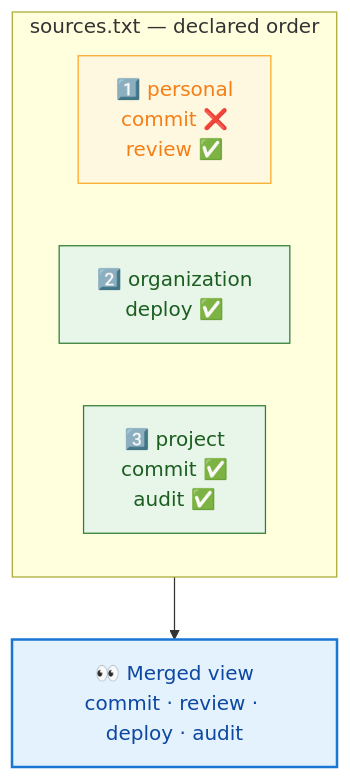
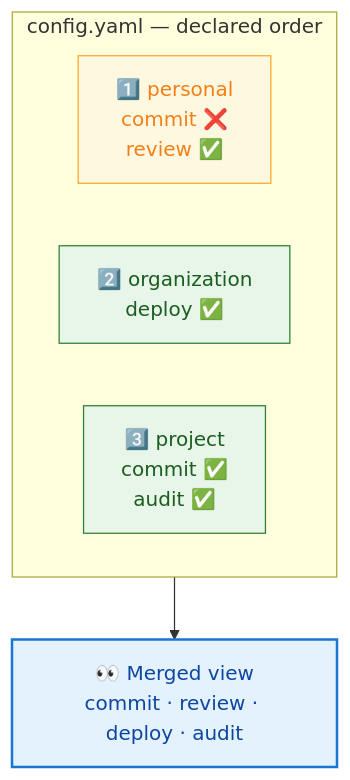
One commit to sylvanld/airfs changed the diagram in docs/user-guide/precedence.md. Above: the diagram before and after it, drawn with Mermaid. The commit also changed other lines of this file and 14 other files, not shown here.

````diff
--- a/docs/user-guide/precedence.md
+++ b/docs/user-guide/precedence.md
@@ -11,15 +11,15 @@
 ```mermaid
 flowchart TB
-    subgraph S["sources.txt — declared order"]
+    subgraph S["config.yaml — declared order"]
         direction LR
         S1["1️⃣ personal<br/>commit ❌<br/>review ✅"]:::mix
         S2["2️⃣ organization<br/>deploy ✅"]:::win
         S3["3️⃣ project<br/>commit ✅<br/>audit ✅"]:::win
     end
 
     S --> R["👀 Merged view<br/>commit · review · deploy · audit"]:::out
 
     classDef win fill:#e8f5e9,stroke:#2e7d32,color:#1b5e20
     classDef mix fill:#fff8e1,stroke:#f9a825,color:#f57f17
     classDef out fill:#e3f2fd,stroke:#1976d2,stroke-width:2px,color:#0d47a1
 ```
````
